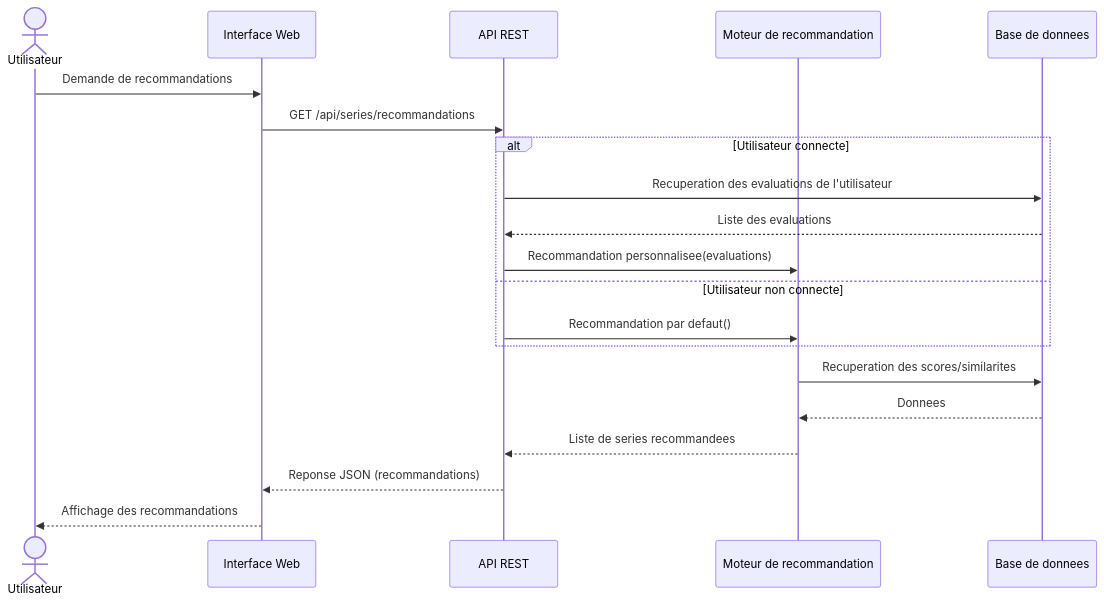
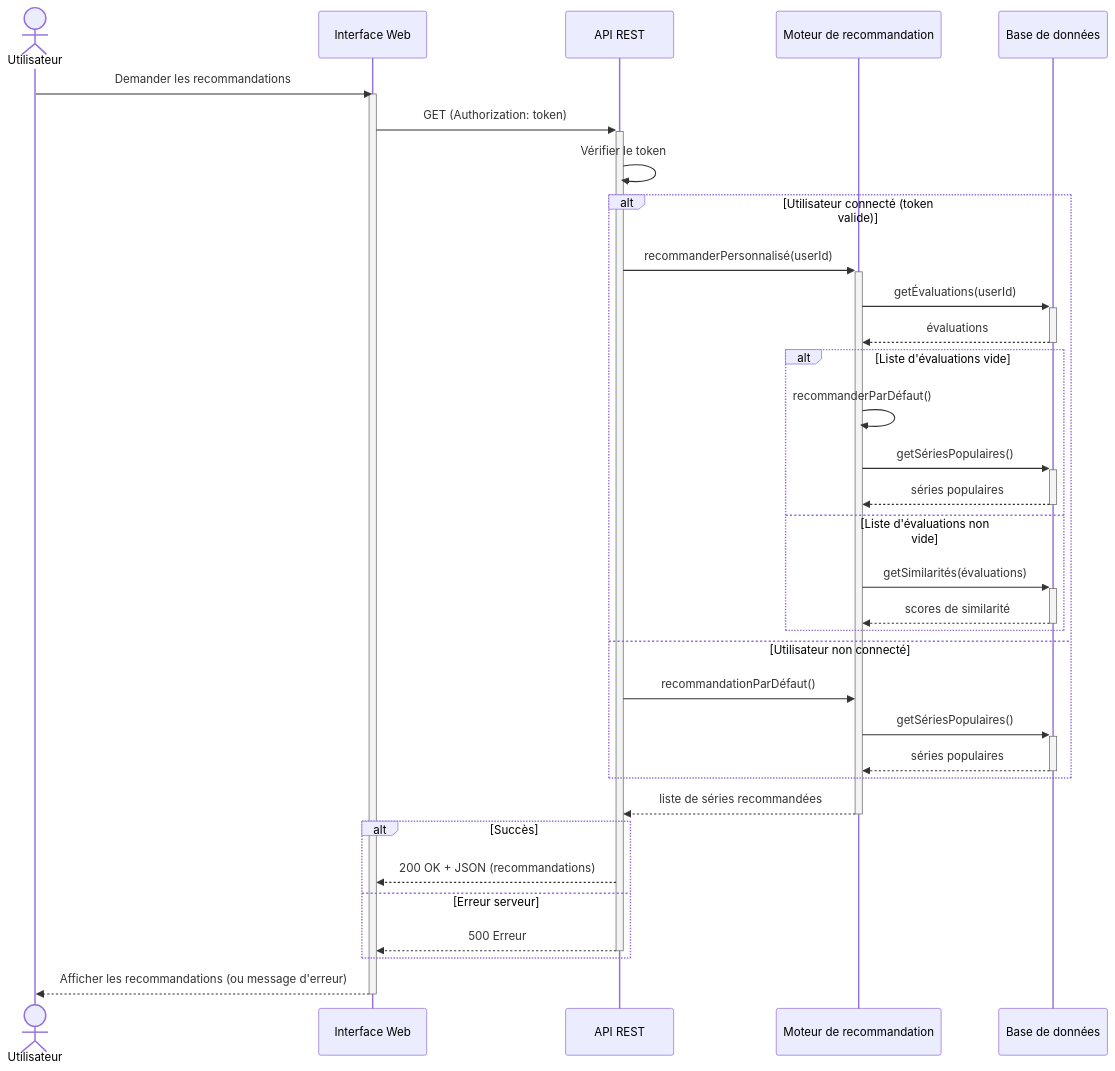
Before and after one commit to yeadonaye/S5.C.01: the diagram in Diagrammes/src/DiagSequenceRecommandation.mmd, drawn with Mermaid. The commit also changed 6 other files, not shown here.

Commit message:
fix: debut des corrections des diagrammes

```diff
--- a/Diagrammes/src/DiagSequenceRecommandation.mmd
+++ b/Diagrammes/src/DiagSequenceRecommandation.mmd
@@ -1,21 +1,42 @@
 sequenceDiagram
     actor U as Utilisateur
     participant W as Interface Web
     participant A as API REST
-    participant R as Moteur de recommandation
-    participant D as Base de donnees
+    participant M as Moteur de recommandation
+    participant B as Base de données
 
-    U->>W: Demande de recommandations
-    W->>A: GET /api/series/recommandations
-    alt Utilisateur connecte
-        A->>D: Recuperation des evaluations de l'utilisateur
-        D-->>A: Liste des evaluations
-        A->>R: Recommandation personnalisee(evaluations)
-    else Utilisateur non connecte
-        A->>R: Recommandation par defaut()
+    U->>W: Demander les recommandations
+    activate W
+    W->>+A: GET  (Authorization: token)
+    A->>A: Vérifier le token
+
+    alt Utilisateur connecté (token valide)
+        A->>+M: recommanderPersonnalisé(userId)
+        M->>+B: getÉvaluations(userId)
+        B-->>-M: évaluations
+
+        alt Liste d'évaluations vide
+            M->>M: recommanderParDéfaut()
+            M->>+B: getSériesPopulaires()
+            B-->>-M: séries populaires
+        else Liste d'évaluations non vide
+            M->>+B: getSimilarités(évaluations)
+            B-->>-M: scores de similarité
+        end
+
+    else Utilisateur non connecté
+        A->>M: recommandationParDéfaut()
+        M->>+B: getSériesPopulaires()
+        B-->>-M: séries populaires
     end
-    R->>D: Recuperation des scores/similarites
-    D-->>R: Donnees
-    R-->>A: Liste de series recommandees
-    A-->>W: Reponse JSON (recommandations)
-    W-->>U: Affichage des recommandations
+
+    M-->>-A: liste de séries recommandées
+
+    alt Succès
+        A-->>W: 200 OK + JSON (recommandations)
+    else Erreur serveur
+        A-->>-W: 500 Erreur
+    end
+
+    W-->>U: Afficher les recommandations (ou message d'erreur)
+    deactivate W
```
